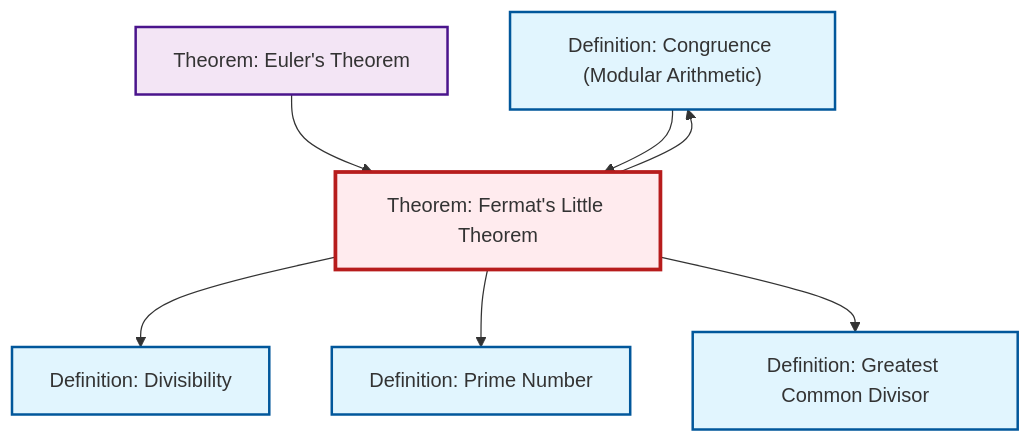
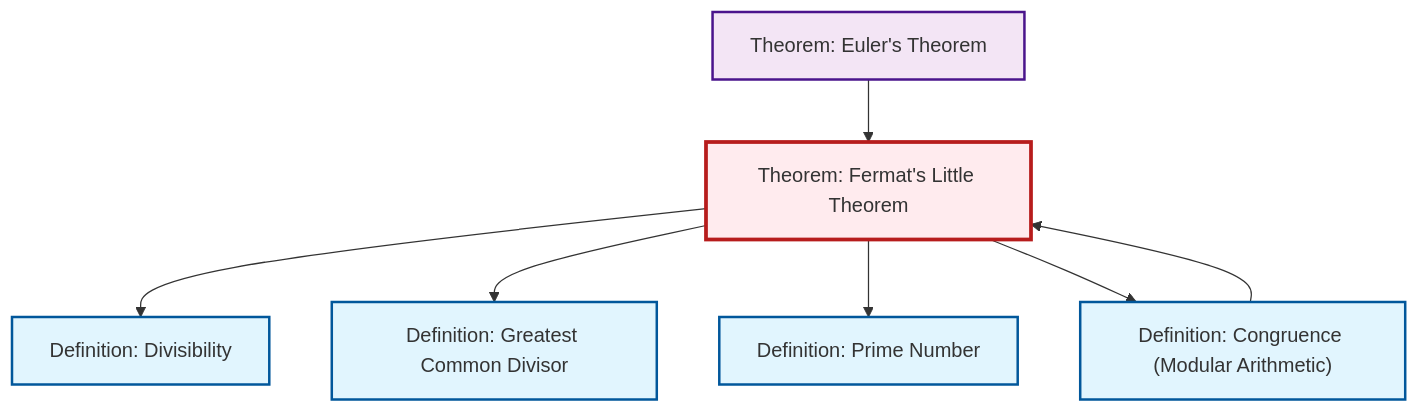
Before and after one commit to RK0429/ModernMath: the diagram in content/en/number-theory/thm-fermat-little.qmd, drawn with Mermaid. The commit also changed other lines of this file and 634 other files, not shown here.

````diff
--- a/content/en/number-theory/thm-fermat-little.qmd
+++ b/content/en/number-theory/thm-fermat-little.qmd
@@ -90,27 +90,27 @@
 ```{mermaid}
 %%| fig-cap: "Local dependency graph"
 graph TD
     classDef definition fill:#e1f5fe,stroke:#01579b,stroke-width:2px
     classDef theorem fill:#f3e5f5,stroke:#4a148c,stroke-width:2px
     classDef axiom fill:#fff3e0,stroke:#e65100,stroke-width:2px
     classDef example fill:#e8f5e9,stroke:#1b5e20,stroke-width:2px
     classDef current fill:#ffebee,stroke:#b71c1c,stroke-width:3px
+    def-gcd["Definition: Greatest Common Divisor"]:::definition
+    thm-euler["Theorem: Euler's Theorem"]:::theorem
+    thm-fermat-little["Theorem: Fermat's Little Theorem"]:::theorem
     def-congruence["Definition: Congruence (Modular Arithmetic)"]:::definition
-    def-gcd["Definition: Greatest Common Divisor"]:::definition
     def-divisibility["Definition: Divisibility"]:::definition
     def-prime["Definition: Prime Number"]:::definition
-    thm-euler["Theorem: Euler's Theorem"]:::theorem
-    thm-fermat-little["Theorem: Fermat's Little Theorem"]:::theorem
+    thm-fermat-little --> def-divisibility
     thm-euler --> thm-fermat-little
-    thm-fermat-little --> def-divisibility
-    def-congruence --> thm-fermat-little
+    thm-fermat-little --> def-gcd
     thm-fermat-little --> def-prime
     thm-fermat-little --> def-congruence
-    thm-fermat-little --> def-gcd
+    def-congruence --> thm-fermat-little
     class thm-fermat-little current
+    click def-gcd "def-gcd.html" "Go to Greatest Common Divisor definition"
+    click thm-euler "thm-euler.html" "Go to Euler's Theorem theorem"
     click def-congruence "def-congruence.html" "Go to Congruence (Modular Arithmetic) definition"
-    click def-gcd "def-gcd.html" "Go to Greatest Common Divisor definition"
     click def-divisibility "def-divisibility.html" "Go to Divisibility definition"
     click def-prime "def-prime.html" "Go to Prime Number definition"
-    click thm-euler "thm-euler.html" "Go to Euler's Theorem theorem"
 ```
````
